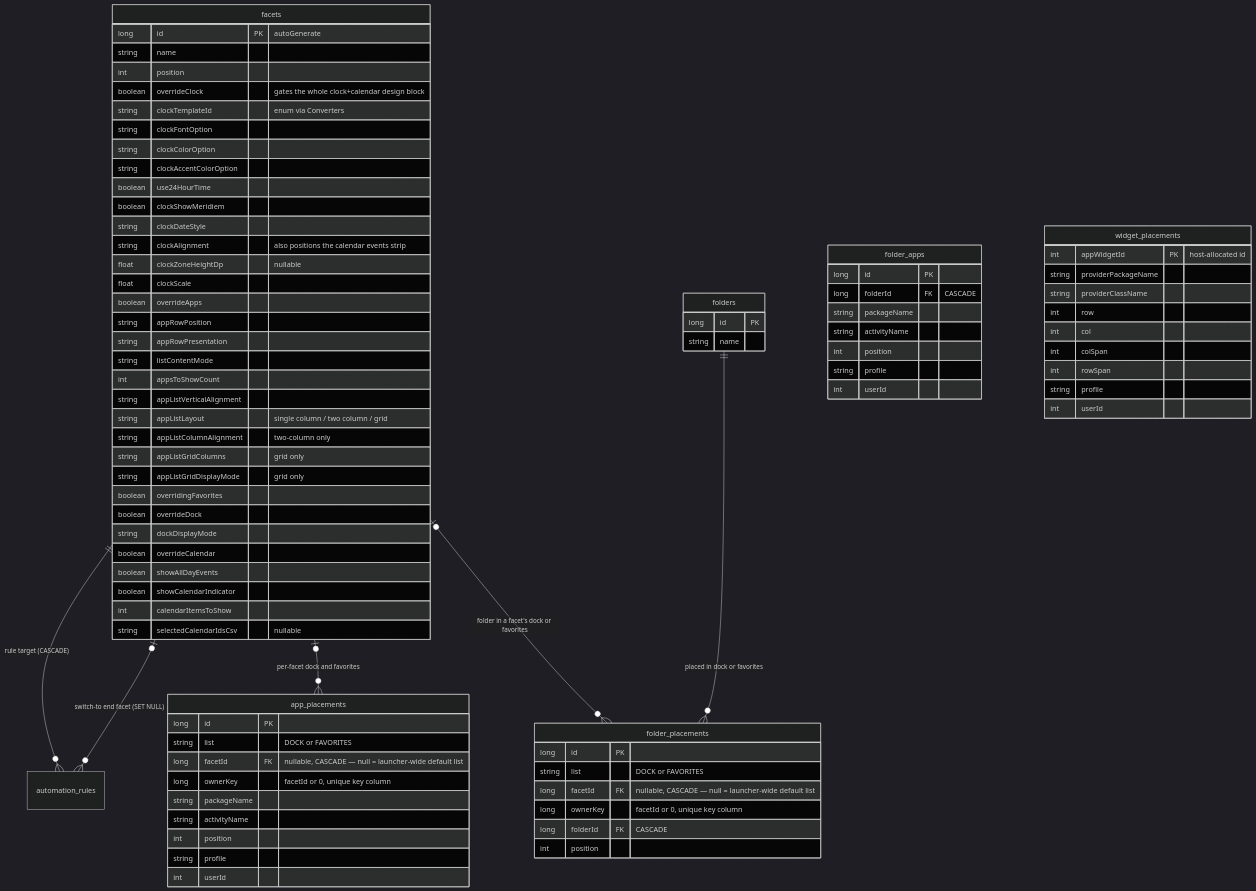
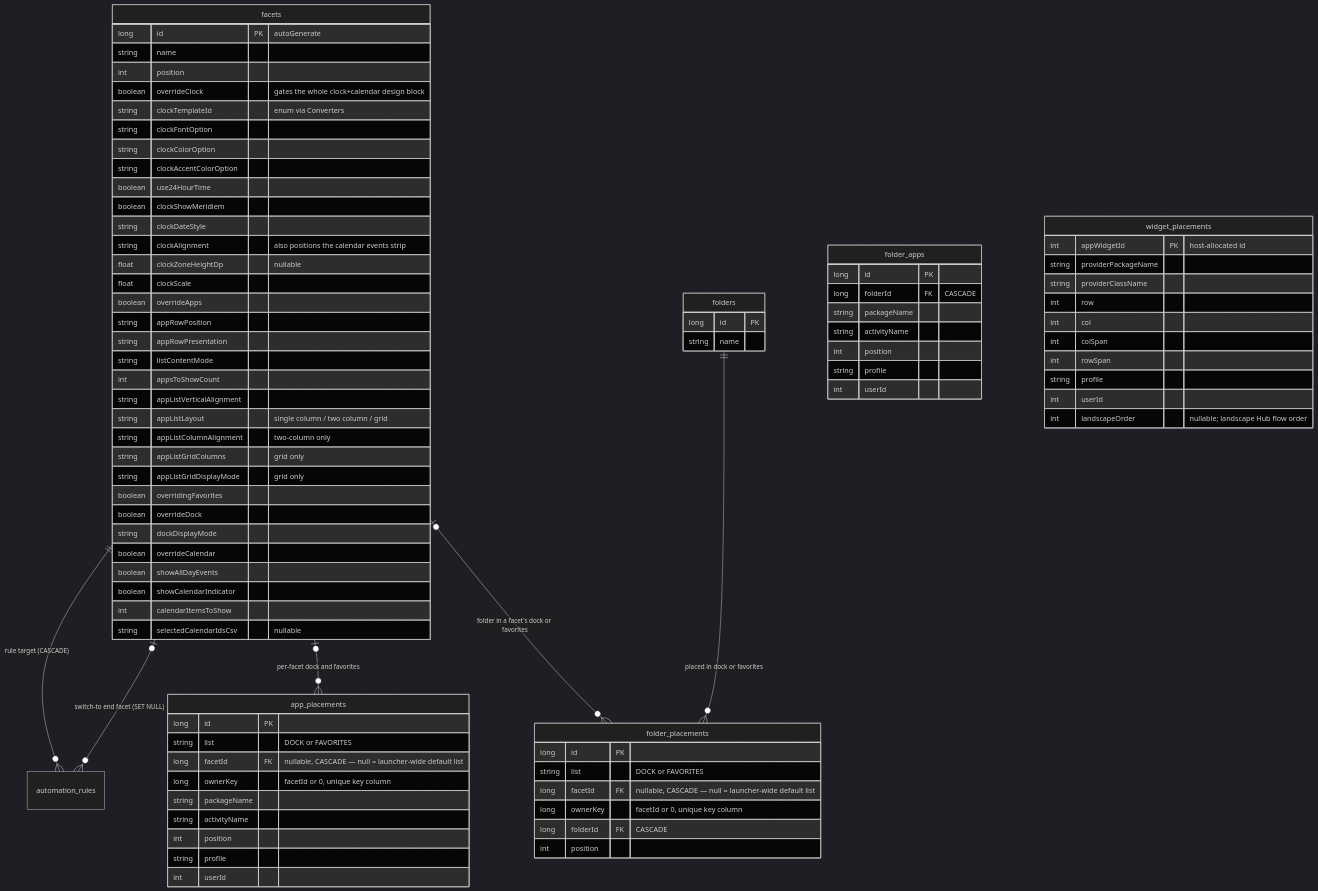
Before and after one commit to rohitganjam/facet-launcher: the first of 3 diagrams in docs/architecture/02-persistence-room.md, drawn with Mermaid (dark theme). The commit also changed other lines of this file and 39 other files, not shown here.

First line of the commit message:
Landscape Hub: an editable, fixed-cell widget grid backed by a landscape order

```diff
--- a/docs/architecture/02-persistence-room.md
+++ b/docs/architecture/02-persistence-room.md
@@ -115,6 +115,7 @@
         int rowSpan
         string profile
         int userId
+        int landscapeOrder "nullable; landscape Hub flow order"
     }
 
     facets ||--o{ automation_rules : "rule target (CASCADE)"
```
